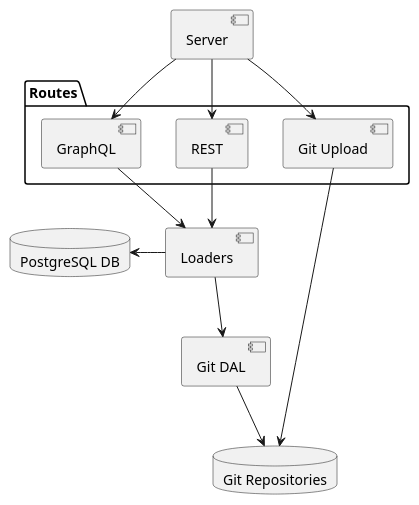
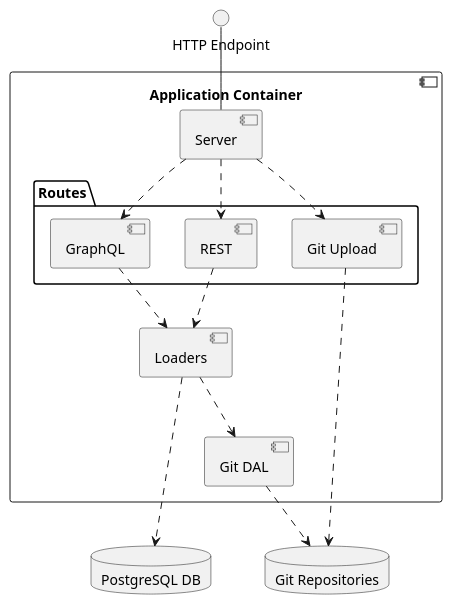
The diagram in schema/components.plantuml (felixfbecker/olfaction), drawn with PlantUML before and after one commit. The commit also changed 10 other files, not shown here.

Commit message:
Improve diagrams

```diff
--- a/schema/components.plantuml
+++ b/schema/components.plantuml
@@ -1,25 +1,35 @@
 @startuml components
+skinparam monochrome true
+skinparam shadowing false
+skinparam backgroundColor transparent
+skinparam classBackgroundColor transparent
 
-component Server
-package "Routes" {
-  component "REST" as REST
-  component "GraphQL" as GraphQL
-  component "Git Upload" as GitUpload
-}
-component Loaders
-component "Git DAL" as GitDAL
 
 database "Git Repositories" as GitRepos
 database "PostgreSQL DB" as Postgres
 
-Server -down-> GraphQL
-Server -down-> GitUpload
-GitUpload -down-> GitRepos
-Server -down-> REST
-REST -down-> Loaders
-GraphQL -down-> Loaders
-Loaders -left-> Postgres
-Loaders -down-> GitDAL
-GitDAL -down-> GitRepos
+() "HTTP Endpoint" as HTTP
+
+component "Application Container" {
+  component Server
+  HTTP -- Server
+  package "Routes" {
+    component "Git Upload" as GitUpload
+    component "REST" as REST
+    component "GraphQL" as GraphQL
+  }
+  component Loaders
+  component "Git DAL" as GitDAL
+
+  Server .down.> GitUpload
+  GitUpload .right.> GitRepos
+  Server .down.> GraphQL
+  Server .down.> REST
+  REST .down.> Loaders
+  GraphQL .down.> Loaders
+  Loaders .down..> Postgres
+  Loaders .down.> GitDAL
+  GitDAL ..> GitRepos
+}
 
 @enduml
```
